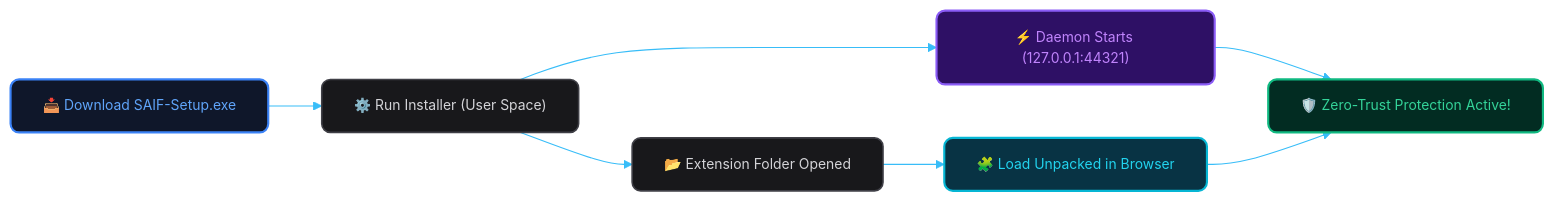
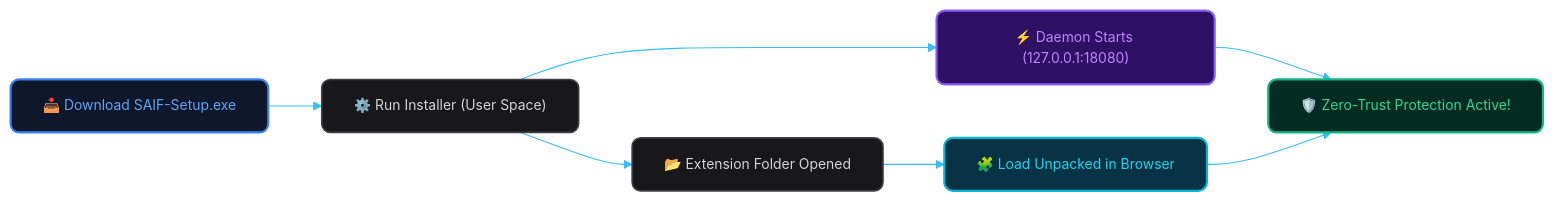
Before and after one commit to sudohackfu/saif-free-tier: the diagram in docs/USER_GUIDE.md, drawn with Mermaid. The commit also changed other lines of this file and 4 other files, not shown here.

````diff
--- a/docs/USER_GUIDE.md
+++ b/docs/USER_GUIDE.md
@@ -14,27 +14,27 @@
 ```mermaid
 %%{init: {
   'theme': 'base',
   'themeVariables': {
     'darkMode': true,
     'background': '#09090b',
     'mainBkg': '#121217',
     'nodeBorder': '#27272a',
     'textColor': '#f4f4f5',
     'fontFamily': 'Inter, system-ui, -apple-system, sans-serif',
     'fontSize': '13px',
     'lineColor': '#38bdf8'
   }
 }}%%
 flowchart LR
     A["📥 Download SAIF-Setup.exe"]:::blueNode --> B["⚙️ Run Installer (User Space)"]:::slateNode
-    B --> C["⚡ Daemon Starts (127.0.0.1:44321)"]:::purpleNode
+    B --> C["⚡ Daemon Starts (127.0.0.1:18080)"]:::purpleNode
     B --> D["📂 Extension Folder Opened"]:::slateNode
     D --> E["🧩 Load Unpacked in Browser"]:::cyanNode
     C & E --> F["🛡️ Zero-Trust Protection Active!"]:::greenNode
 
     classDef blueNode fill:#0f172a,stroke:#3b82f6,stroke-width:2px,color:#60a5fa,rx:8px,ry:8px;
     classDef slateNode fill:#18181b,stroke:#3f3f46,stroke-width:1.5px,color:#d4d4d8,rx:8px,ry:8px;
     classDef cyanNode fill:#083344,stroke:#06b6d4,stroke-width:2px,color:#22d3ee,rx:8px,ry:8px;
     classDef purpleNode fill:#2e1065,stroke:#8b5cf6,stroke-width:2px,color:#c084fc,rx:8px,ry:8px;
     classDef greenNode fill:#022c22,stroke:#10b981,stroke-width:2px,color:#34d399,rx:8px,ry:8px;
 ```
````
